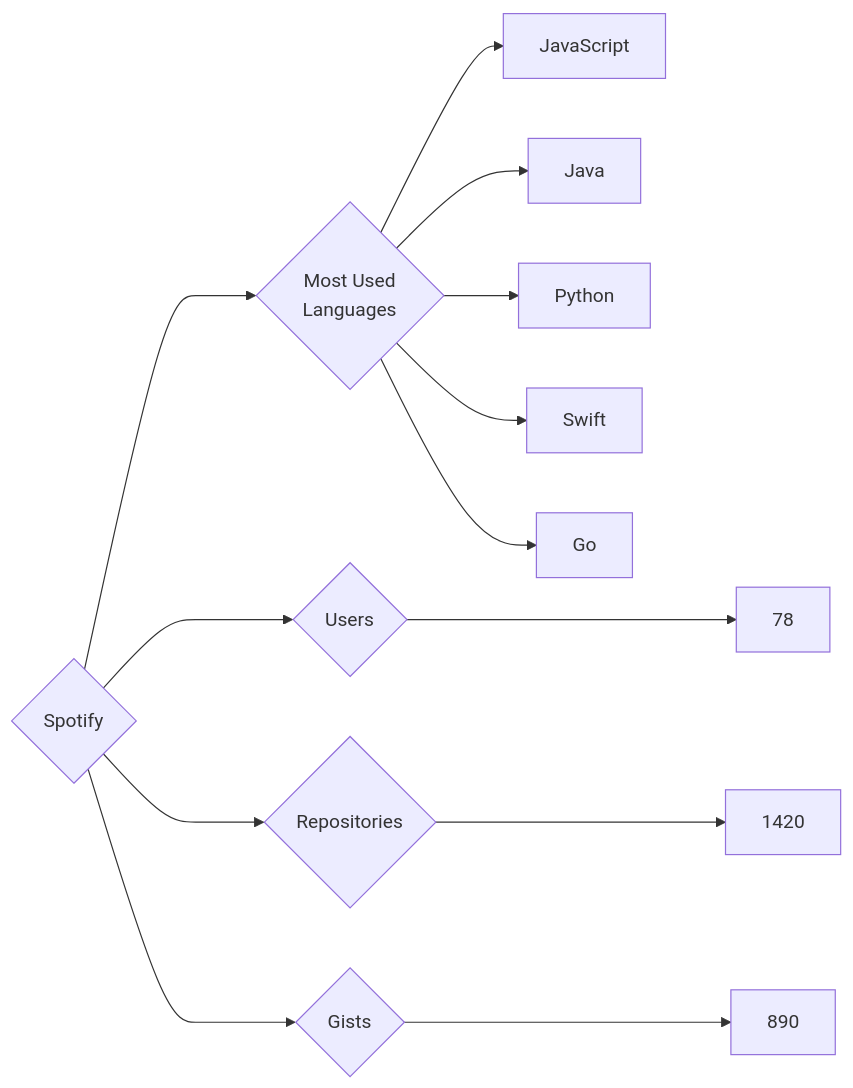
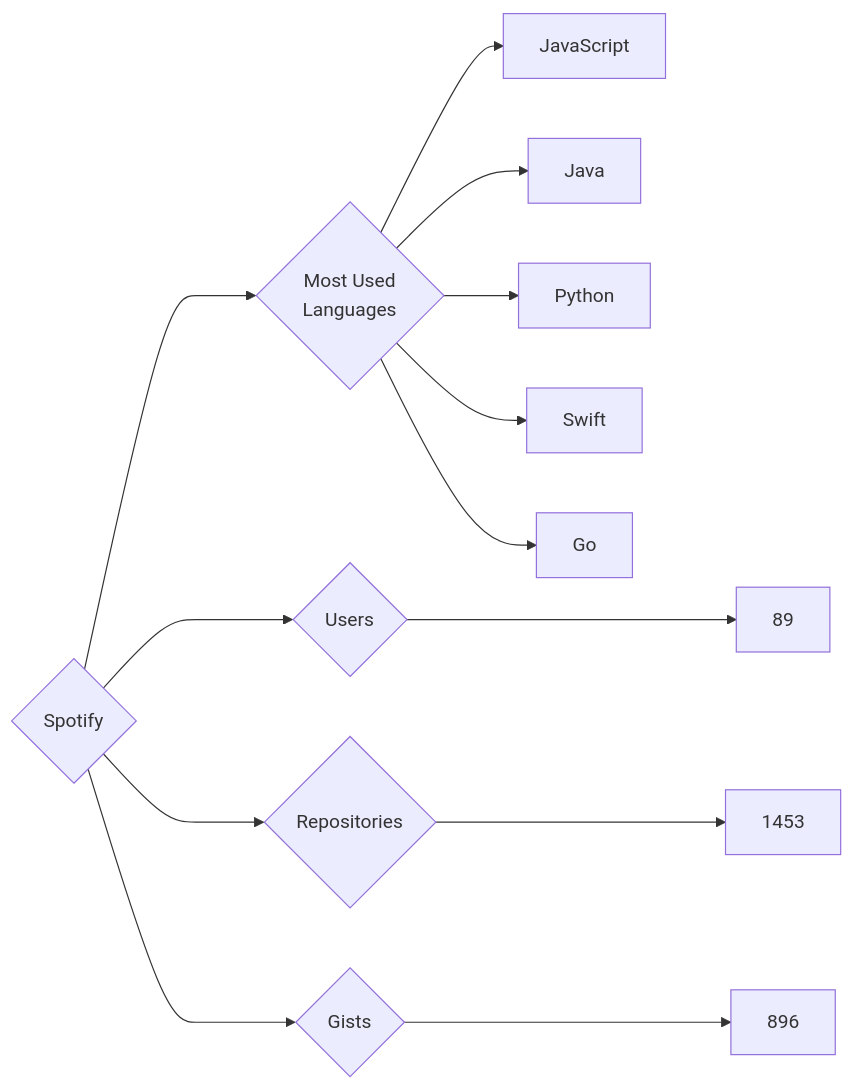
Before and after one commit to trickest/insiders: the diagram in targets/Spotify/README.md, drawn with Mermaid. The commit also changed 965 other files, not shown here.

````diff
--- a/targets/Spotify/README.md
+++ b/targets/Spotify/README.md
@@ -3,13 +3,13 @@
 ```mermaid
 graph LR
 COMPANY_NAME{Spotify}
-COMPANY_NAME ---> U{Users} ---> UN[78]
-COMPANY_NAME ---> R{Repositories} ---> RN[1420]
-COMPANY_NAME ---> G{Gists} ---> GN[890]
+COMPANY_NAME ---> U{Users} ---> UN[89]
+COMPANY_NAME ---> R{Repositories} ---> RN[1453]
+COMPANY_NAME ---> G{Gists} ---> GN[896]
 COMPANY_NAME ---> ML{Most Used<br>Languages}
 ML --> JavaScript[JavaScript]
 ML --> Java[Java]
 ML --> Python[Python]
 ML --> Swift[Swift]
 ML --> Go[Go]
 ```
````
